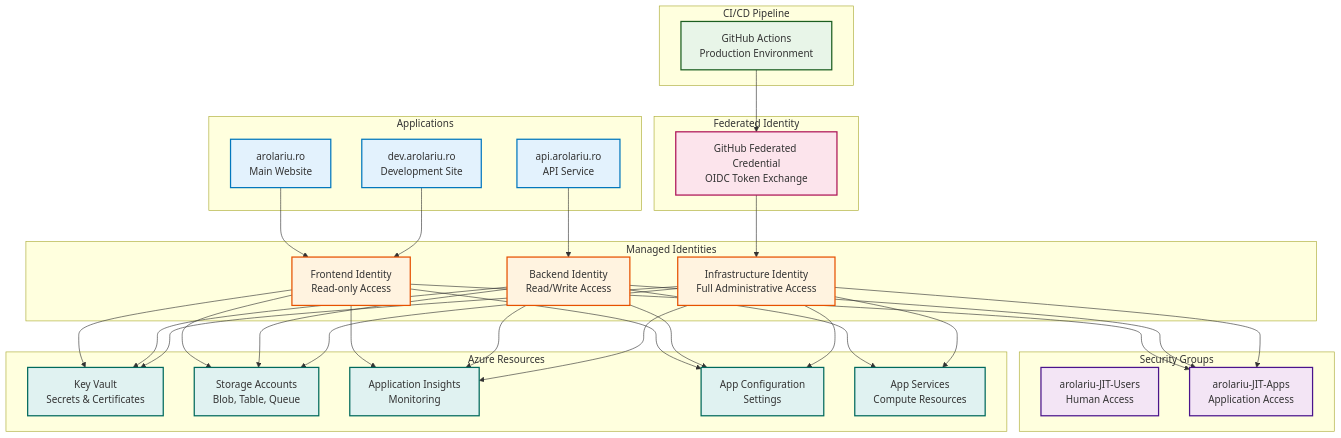
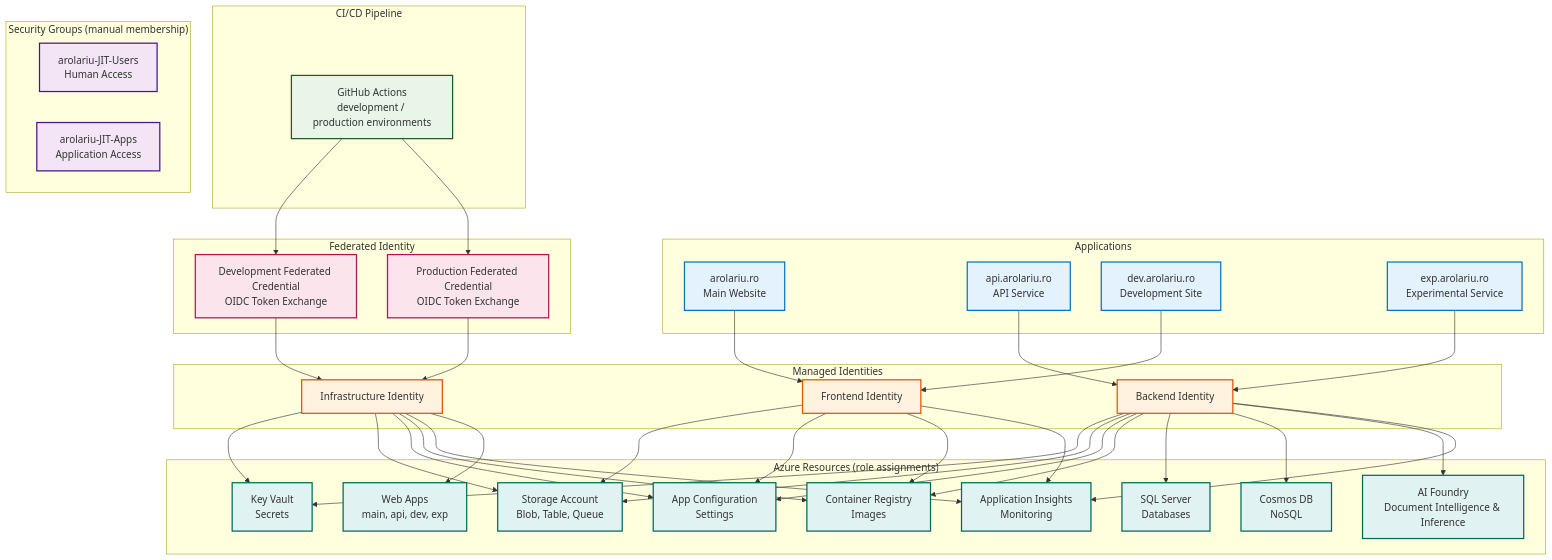
One commit to arolariu/arolariu.ro changed the first of 2 diagrams in infra/Azure/Bicep/identity/README.md. Above: the diagram before and after it, drawn with Mermaid. The commit also changed other lines of this file and 3 other files, not shown here.

````diff
--- a/infra/Azure/Bicep/identity/README.md
+++ b/infra/Azure/Bicep/identity/README.md
@@ -125,65 +36,74 @@
 ```mermaid
 graph TB
     subgraph "CI/CD Pipeline"
-        GITHUB[GitHub Actions<br/>Production Environment]
+        GITHUB[GitHub Actions<br/>development / production environments]
     end
 
     subgraph "Applications"
         MAIN_APP[arolariu.ro<br/>Main Website]
         API_APP[api.arolariu.ro<br/>API Service]
         DEV_APP[dev.arolariu.ro<br/>Development Site]
+        EXP_APP[exp.arolariu.ro<br/>Experimental Service]
     end
 
     subgraph "Managed Identities"
-        MI_FE[Frontend Identity<br/>Read-only Access]
-        MI_BE[Backend Identity<br/>Read/Write Access]
-        MI_INFRA[Infrastructure Identity<br/>Full Administrative Access]
+        MI_FE[Frontend Identity]
+        MI_BE[Backend Identity]
+        MI_INFRA[Infrastructure Identity]
     end
 
     subgraph "Federated Identity"
-        FED_CRED[GitHub Federated Credential<br/>OIDC Token Exchange]
+        FED_DEV[Development Federated Credential<br/>OIDC Token Exchange]
+        FED_PROD[Production Federated Credential<br/>OIDC Token Exchange]
     end
 
-    subgraph "Security Groups"
+    subgraph "Security Groups (manual membership)"
         SG_USERS[arolariu-JIT-Users<br/>Human Access]
         SG_APPS[arolariu-JIT-Apps<br/>Application Access]
     end
 
-    subgraph "Azure Resources"
-        KV[Key Vault<br/>Secrets & Certificates]
-        SA[Storage Accounts<br/>Blob, Table, Queue]
-        AI[Application Insights<br/>Monitoring]
+    subgraph "Azure Resources (role assignments)"
+        KV[Key Vault<br/>Secrets]
+        SA[Storage Account<br/>Blob, Table, Queue]
         AC[App Configuration<br/>Settings]
-        COMPUTE[App Services<br/>Compute Resources]
+        ACR[Container Registry<br/>Images]
+        SQL[SQL Server<br/>Databases]
+        COSMOS[Cosmos DB<br/>NoSQL]
+        AIF[AI Foundry<br/>Document Intelligence & Inference]
+        APPI[Application Insights<br/>Monitoring]
+        WEBAPPS[Web Apps<br/>main, api, dev, exp]
     end
 
-    GITHUB --> FED_CRED
-    FED_CRED --> MI_INFRA
+    GITHUB --> FED_DEV
+    GITHUB --> FED_PROD
+    FED_DEV --> MI_INFRA
+    FED_PROD --> MI_INFRA
 
     MAIN_APP --> MI_FE
     DEV_APP --> MI_FE
     API_APP --> MI_BE
+    EXP_APP --> MI_BE
 
-    MI_FE --> KV
     MI_FE --> SA
-    MI_FE --> AI
     MI_FE --> AC
+    MI_FE --> ACR
+    MI_FE --> APPI
 
     MI_BE --> KV
     MI_BE --> SA
-    MI_BE --> AI
     MI_BE --> AC
-    MI_BE --> COMPUTE
+    MI_BE --> ACR
+    MI_BE --> SQL
+    MI_BE --> COSMOS
+    MI_BE --> AIF
+    MI_BE --> APPI
 
     MI_INFRA --> KV
     MI_INFRA --> SA
-    MI_INFRA --> AI
     MI_INFRA --> AC
-    MI_INFRA --> COMPUTE
-
-    MI_FE --> SG_APPS
-    MI_BE --> SG_APPS
-    MI_INFRA --> SG_APPS
+    MI_INFRA --> ACR
+    MI_INFRA --> APPI
+    MI_INFRA --> WEBAPPS
 
     classDef cicd fill:#e8f5e8,stroke:#1b5e20,stroke-width:2px
     classDef app fill:#e3f2fd,stroke:#0277bd,stroke-width:2px
@@ -193,9 +113,9 @@
     classDef resource fill:#e0f2f1,stroke:#00695c,stroke-width:2px
 
     class GITHUB cicd
-    class MAIN_APP,API_APP,DEV_APP app
+    class MAIN_APP,API_APP,DEV_APP,EXP_APP app
     class MI_FE,MI_BE,MI_INFRA identity
-    class FED_CRED federated
+    class FED_DEV,FED_PROD federated
     class SG_USERS,SG_APPS security
-    class KV,SA,AI,AC,COMPUTE resource
+    class KV,SA,AC,ACR,SQL,COSMOS,AIF,APPI,WEBAPPS resource
 ```
````
